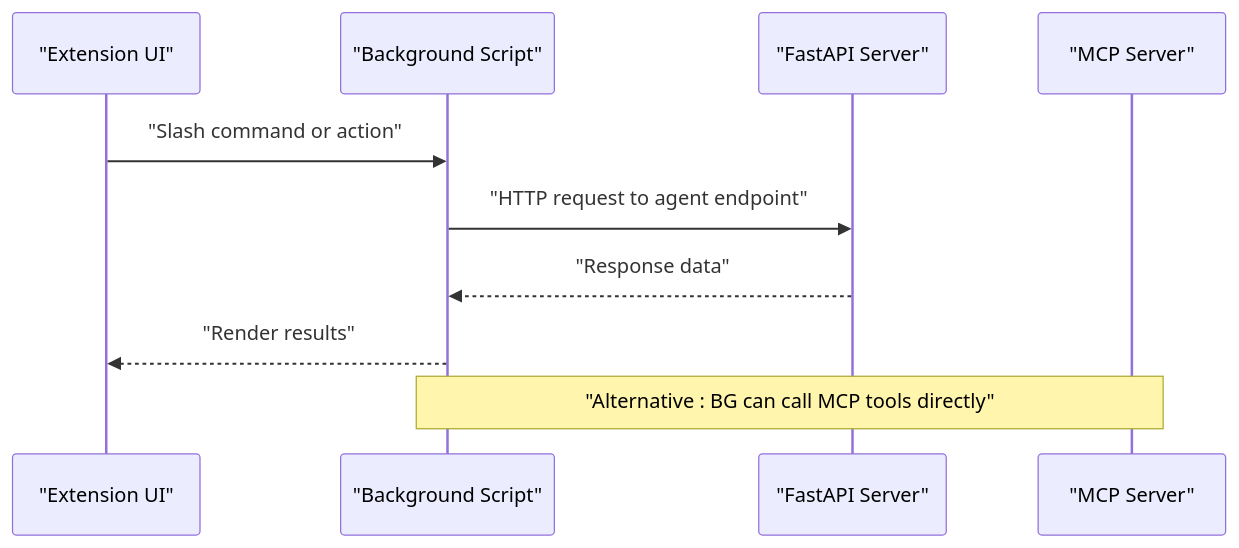
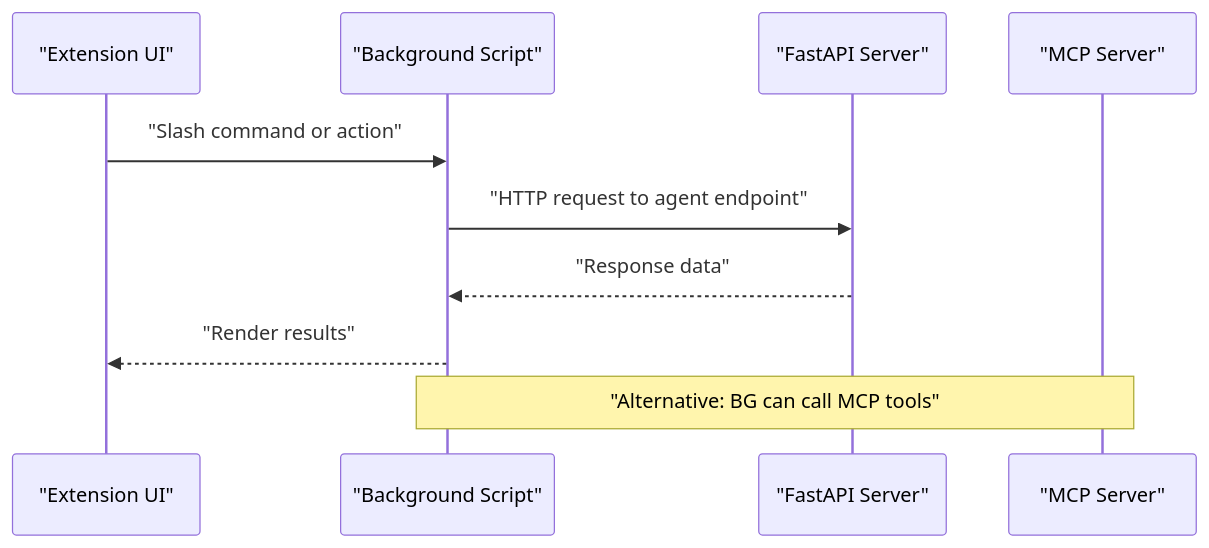
Before and after one commit to tashifkhan/tashif.codes: the third of 6 diagrams in src/data/docs/agentic-browser/Getting Started.md, drawn with Mermaid. The commit also changed other lines of this file and 2128 other files, not shown here.

First line of the commit message:
docs: replace raster diagram images with native Mermaid across project guides

````diff
--- a/src/data/docs/agentic-browser/Getting Started.md
+++ b/src/data/docs/agentic-browser/Getting Started.md
@@ -189,12 +203,12 @@
 ```mermaid
 sequenceDiagram
 participant Client as "Extension UI"
 participant BG as "Background Script"
 participant API as "FastAPI Server"
 participant MCP as "MCP Server"
 Client->>BG : "Slash command or action"
 BG->>API : "HTTP request to agent endpoint"
 API-->>BG : "Response data"
 BG-->>Client : "Render results"
-Note over BG,MCP : "Alternative : BG can call MCP tools directly"
+Note over BG,MCP : "Alternative: BG can call MCP tools"
 ```
````
